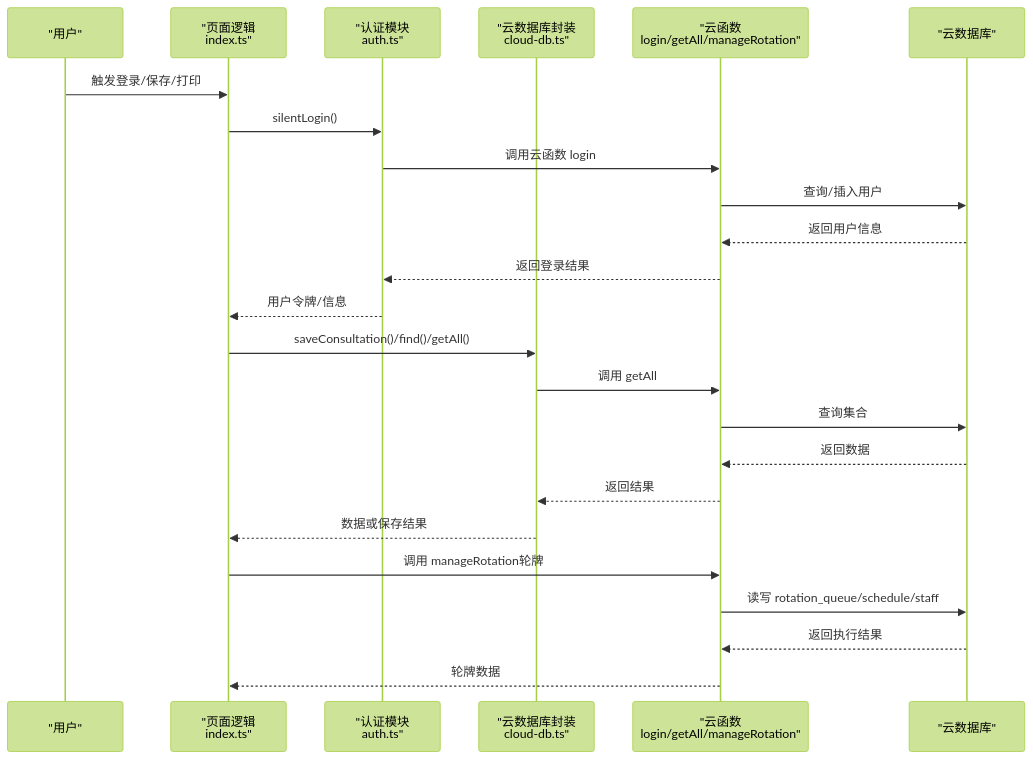
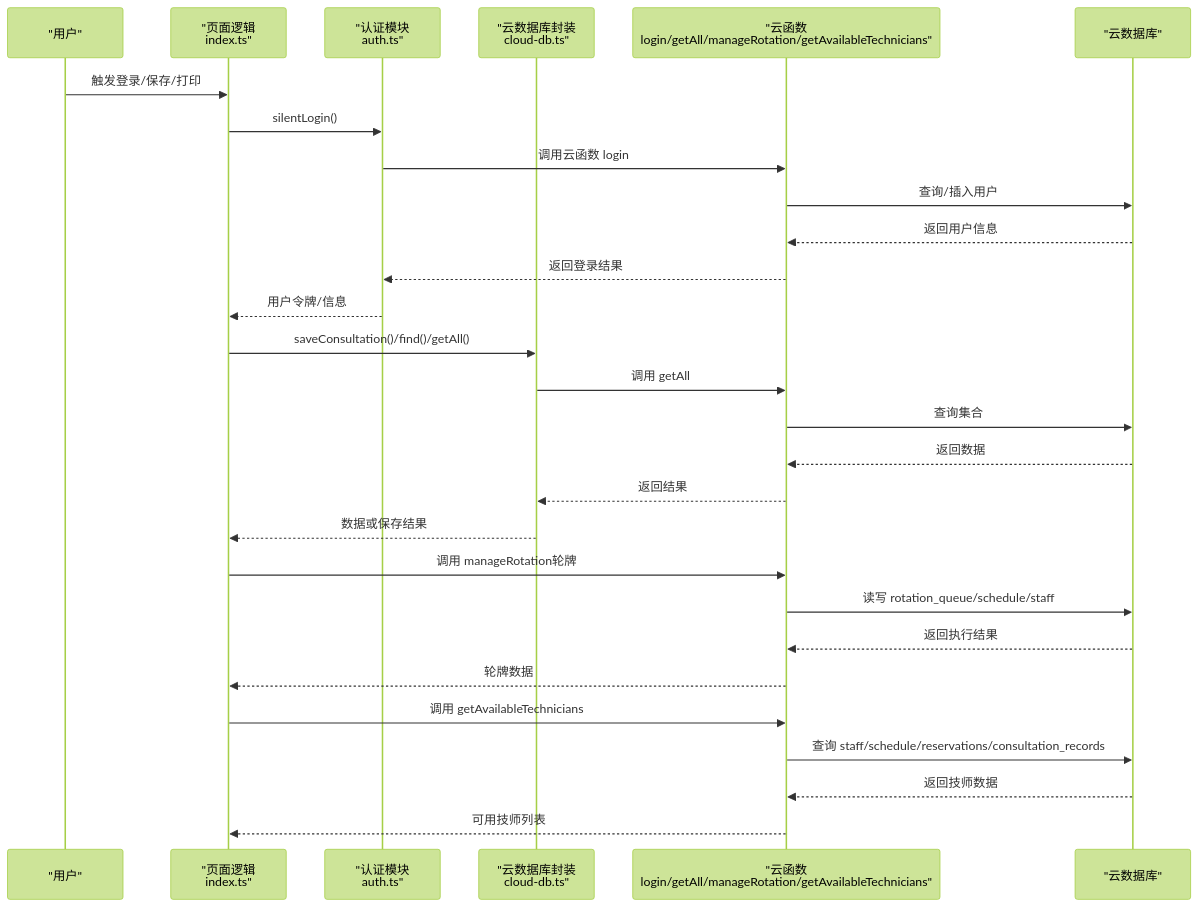
The second of 10 diagrams in .qoder/repowiki/zh/content/测试与部署/测试策略.md (xwHoward/padoo-consulation-printer), drawn with Mermaid (forest theme) before and after one commit. The commit also changed other lines of this file and 21 other files, not shown here.

````diff
--- a/.qoder/repowiki/zh/content/测试与部署/测试策略.md
+++ b/.qoder/repowiki/zh/content/测试与部署/测试策略.md
@@ -110,26 +130,30 @@
 ```mermaid
 sequenceDiagram
 participant U as "用户"
 participant P as "页面逻辑<br/>index.ts"
 participant A as "认证模块<br/>auth.ts"
 participant C as "云数据库封装<br/>cloud-db.ts"
-participant F as "云函数<br/>login/getAll/manageRotation"
+participant F as "云函数<br/>login/getAll/manageRotation/getAvailableTechnicians"
 participant D as "云数据库"
 U->>P : 触发登录/保存/打印
 P->>A : silentLogin()
 A->>F : 调用云函数 login
 F->>D : 查询/插入用户
 D-->>F : 返回用户信息
 F-->>A : 返回登录结果
 A-->>P : 用户令牌/信息
 P->>C : saveConsultation()/find()/getAll()
 C->>F : 调用 getAll
 F->>D : 查询集合
 D-->>F : 返回数据
 F-->>C : 返回结果
 C-->>P : 数据或保存结果
 P->>F : 调用 manageRotation轮牌
 F->>D : 读写 rotation_queue/schedule/staff
 D-->>F : 返回执行结果
 F-->>P : 轮牌数据
+P->>F : 调用 getAvailableTechnicians
+F->>D : 查询 staff/schedule/reservations/consultation_records
+D-->>F : 返回技师数据
+F-->>P : 可用技师列表
 ```
````
